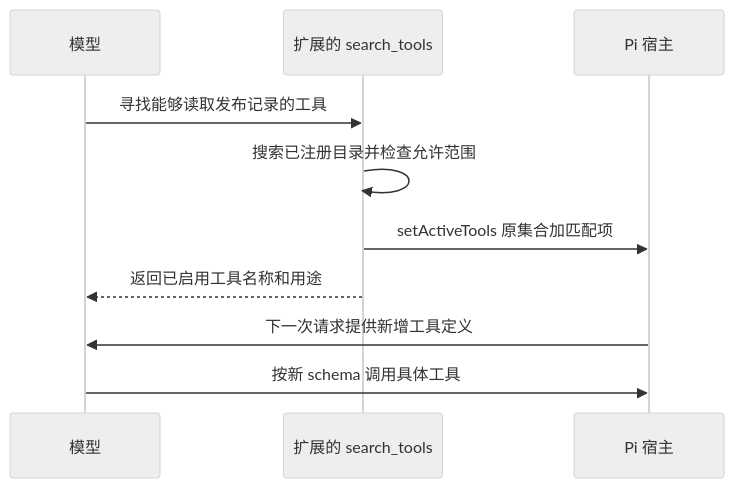
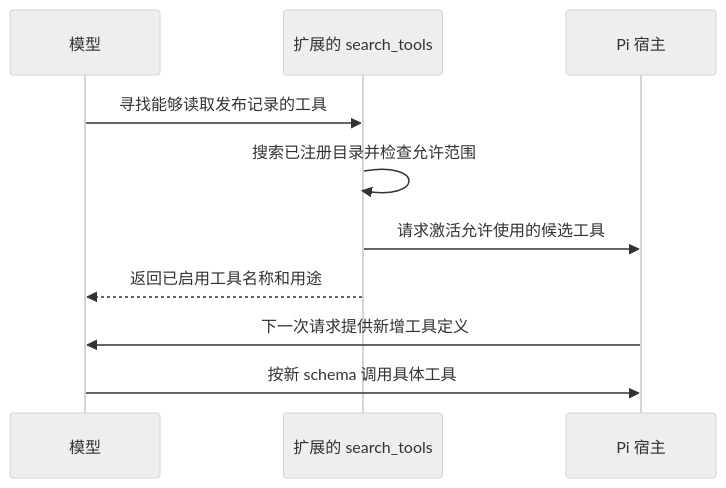
Before and after one commit to Dante-dan/pi-agent-book: the second of 2 diagrams in book/05-tools.md, drawn with Mermaid (neutral theme). The commit also changed other lines of this file and 7 other files, not shown here.

````diff
--- a/book/05-tools.md
+++ b/book/05-tools.md
@@ -259,12 +269,12 @@
 ```mermaid
 sequenceDiagram
     participant M as 模型
     participant S as 扩展的 search_tools
     participant P as Pi 宿主
     M->>S: 寻找能够读取发布记录的工具
     S->>S: 搜索已注册目录并检查允许范围
-    S->>P: setActiveTools 原集合加匹配项
+    S->>P: 请求激活允许使用的候选工具
     S-->>M: 返回已启用工具名称和用途
     P->>M: 下一次请求提供新增工具定义
     M->>P: 按新 schema 调用具体工具
 ```
````
